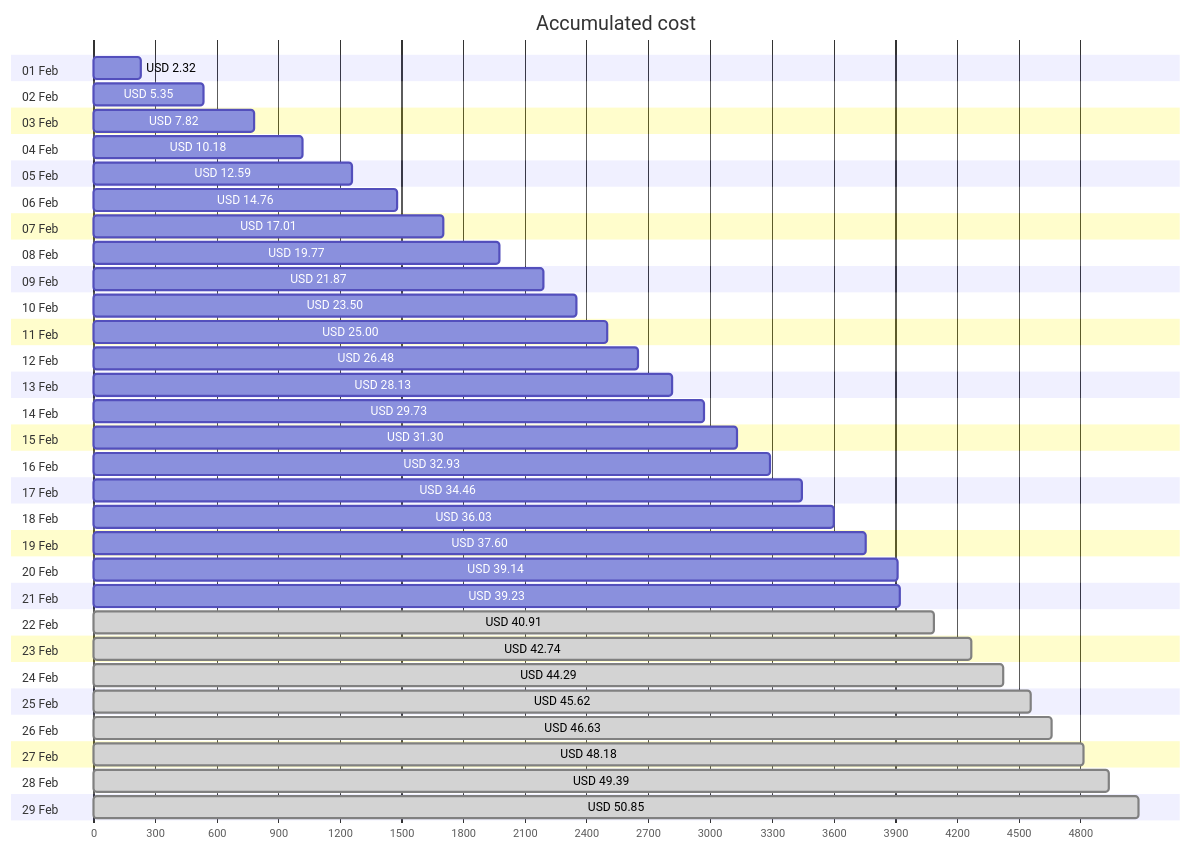
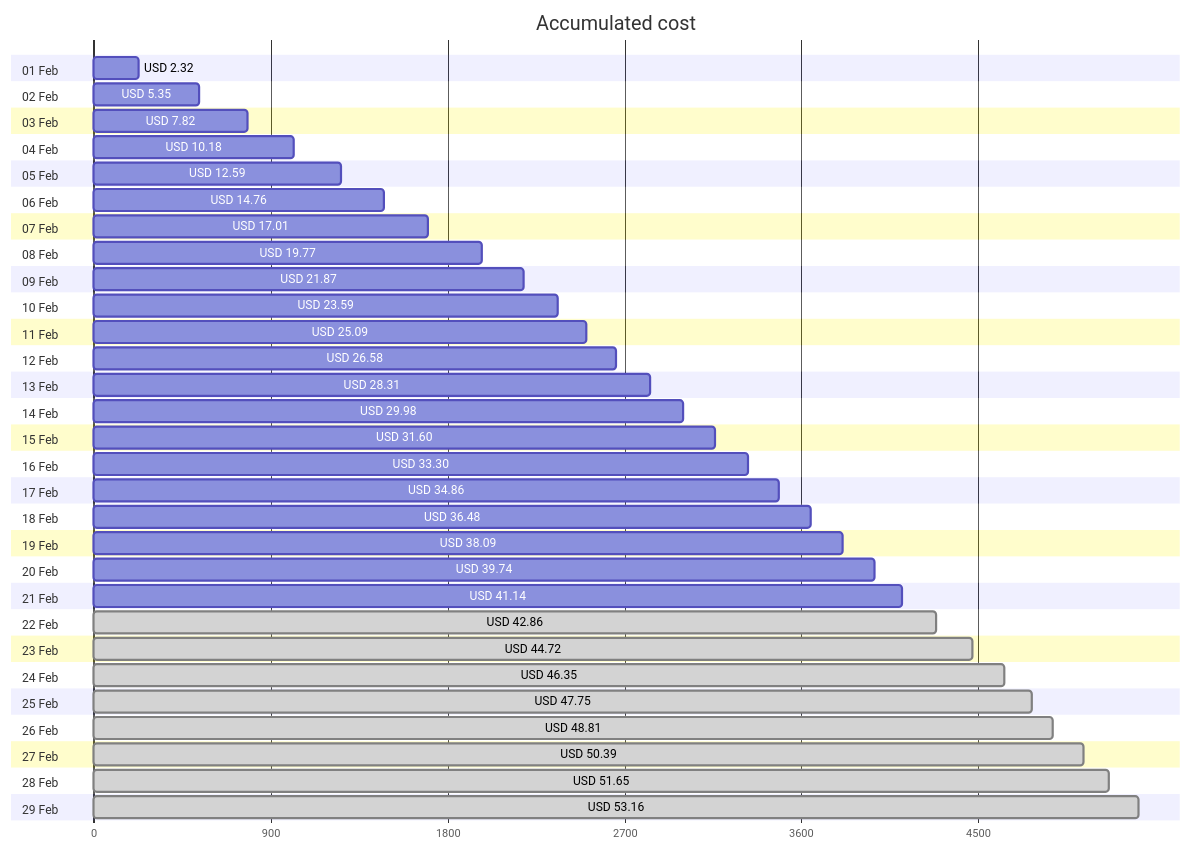
The first of 4 diagrams in cost-reports/personal-network/README.md (jpfulton/azure-personal-reports), drawn with Mermaid before and after one commit. The commit also changed other lines of this file and 8 other files, not shown here.

````diff
--- a/cost-reports/personal-network/README.md
+++ b/cost-reports/personal-network/README.md
@@ -20,64 +20,64 @@
 ```mermaid
 gantt
    title Accumulated cost
    dateFormat  X
    axisFormat %s
    section 01 Feb
    USD 2.32 :0, 232
    section 02 Feb
    USD 5.35 :0, 535
    section 03 Feb
    USD 7.82 :0, 782
    section 04 Feb
    USD 10.18 :0, 1018
    section 05 Feb
    USD 12.59 :0, 1259
    section 06 Feb
    USD 14.76 :0, 1476
    section 07 Feb
    USD 17.01 :0, 1701
    section 08 Feb
    USD 19.77 :0, 1977
    section 09 Feb
    USD 21.87 :0, 2187
    section 10 Feb
-   USD 23.50 :0, 2350
+   USD 23.59 :0, 2359
    section 11 Feb
-   USD 25.00 :0, 2500
+   USD 25.09 :0, 2509
    section 12 Feb
-   USD 26.48 :0, 2648
+   USD 26.58 :0, 2658
    section 13 Feb
-   USD 28.13 :0, 2813
+   USD 28.31 :0, 2831
    section 14 Feb
-   USD 29.73 :0, 2973
+   USD 29.98 :0, 2998
    section 15 Feb
-   USD 31.30 :0, 3130
+   USD 31.60 :0, 3160
    section 16 Feb
-   USD 32.93 :0, 3293
+   USD 33.30 :0, 3330
    section 17 Feb
-   USD 34.46 :0, 3446
+   USD 34.86 :0, 3486
    section 18 Feb
-   USD 36.03 :0, 3603
+   USD 36.48 :0, 3648
    section 19 Feb
-   USD 37.60 :0, 3760
+   USD 38.09 :0, 3809
    section 20 Feb
-   USD 39.14 :0, 3914
+   USD 39.74 :0, 3974
    section 21 Feb
-   USD 39.23 :0, 3923
+   USD 41.14 :0, 4114
    section 22 Feb
-   USD 40.91 : done, 0, 4091
+   USD 42.86 : done, 0, 4286
    section 23 Feb
-   USD 42.74 : done, 0, 4274
+   USD 44.72 : done, 0, 4472
    section 24 Feb
-   USD 44.29 : done, 0, 4429
+   USD 46.35 : done, 0, 4635
    section 25 Feb
-   USD 45.62 : done, 0, 4562
+   USD 47.75 : done, 0, 4775
    section 26 Feb
-   USD 46.63 : done, 0, 4663
+   USD 48.81 : done, 0, 4881
    section 27 Feb
-   USD 48.18 : done, 0, 4818
+   USD 50.39 : done, 0, 5039
    section 28 Feb
-   USD 49.39 : done, 0, 4939
+   USD 51.65 : done, 0, 5165
    section 29 Feb
-   USD 50.85 : done, 0, 5085
+   USD 53.16 : done, 0, 5316
 ```
````
